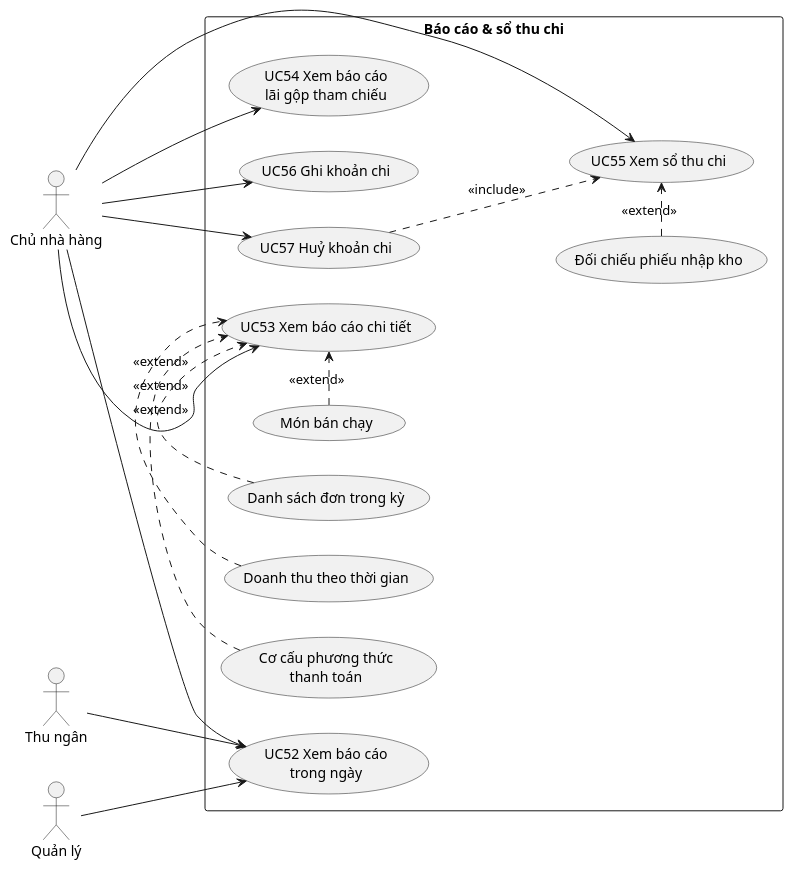
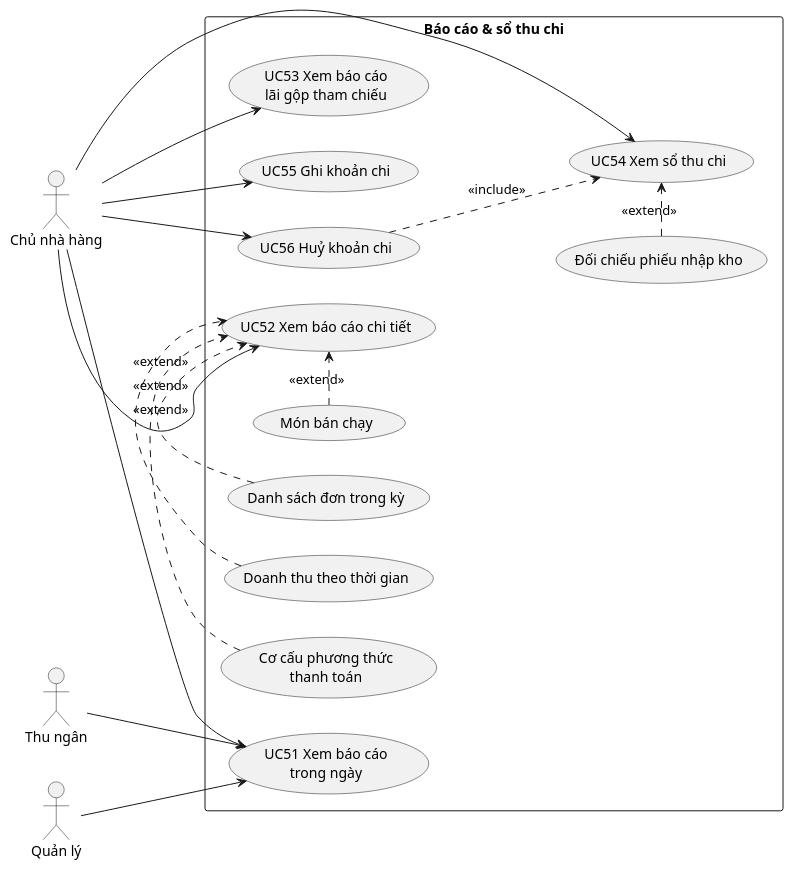
The diagram in docs/usecase/11-bao-cao-thu-chi.md (TruongHidu/XayPOS_be), drawn with PlantUML before and after one commit. The commit also changed other lines of this file and 50 other files, not shown here.

````diff
--- a/docs/usecase/11-bao-cao-thu-chi.md
+++ b/docs/usecase/11-bao-cao-thu-chi.md
@@ -5,40 +5,40 @@
 ```plantuml
 @startuml UC11_BaoCao
 left to right direction
 skinparam packageStyle rectangle
 
 actor "Chủ nhà hàng" as Owner
 actor "Thu ngân" as Cashier
 actor "Quản lý" as Manager
 
 rectangle "Báo cáo & sổ thu chi" {
-  usecase "UC52 Xem báo cáo\ntrong ngày" as UC52
-  usecase "UC53 Xem báo cáo chi tiết" as UC53
-  usecase "Doanh thu theo thời gian" as UC53a
-  usecase "Cơ cấu phương thức\nthanh toán" as UC53b
-  usecase "Món bán chạy" as UC53c
-  usecase "Danh sách đơn trong kỳ" as UC53d
-  usecase "UC54 Xem báo cáo\nlãi gộp tham chiếu" as UC54
-  usecase "UC55 Xem sổ thu chi" as UC55
-  usecase "Đối chiếu phiếu nhập kho" as UC55a
-  usecase "UC56 Ghi khoản chi" as UC56
-  usecase "UC57 Huỷ khoản chi" as UC57
+  usecase "UC51 Xem báo cáo\ntrong ngày" as UC51
+  usecase "UC52 Xem báo cáo chi tiết" as UC52
+  usecase "Doanh thu theo thời gian" as UC52a
+  usecase "Cơ cấu phương thức\nthanh toán" as UC52b
+  usecase "Món bán chạy" as UC52c
+  usecase "Danh sách đơn trong kỳ" as UC52d
+  usecase "UC53 Xem báo cáo\nlãi gộp tham chiếu" as UC53
+  usecase "UC54 Xem sổ thu chi" as UC54
+  usecase "Đối chiếu phiếu nhập kho" as UC54a
+  usecase "UC55 Ghi khoản chi" as UC55
+  usecase "UC56 Huỷ khoản chi" as UC56
 }
 
-Cashier --> UC52
-Manager --> UC52
+Cashier --> UC51
+Manager --> UC51
+Owner --> UC51
 Owner --> UC52
 Owner --> UC53
 Owner --> UC54
 Owner --> UC55
 Owner --> UC56
-Owner --> UC57
 
-UC53a .> UC53 : <<extend>>
-UC53b .> UC53 : <<extend>>
-UC53c .> UC53 : <<extend>>
-UC53d .> UC53 : <<extend>>
-UC55a .> UC55 : <<extend>>
-UC57 ..> UC55 : <<include>>
+UC52a .> UC52 : <<extend>>
+UC52b .> UC52 : <<extend>>
+UC52c .> UC52 : <<extend>>
+UC52d .> UC52 : <<extend>>
+UC54a .> UC54 : <<extend>>
+UC56 ..> UC54 : <<include>>
 @enduml
 ```
````
